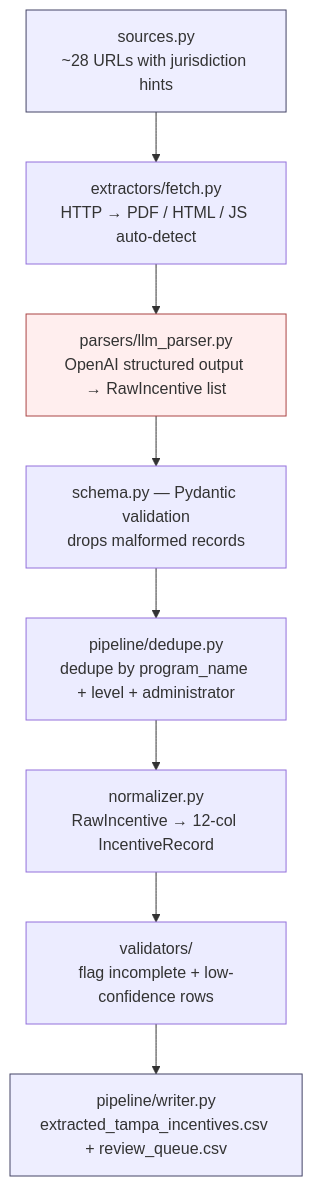
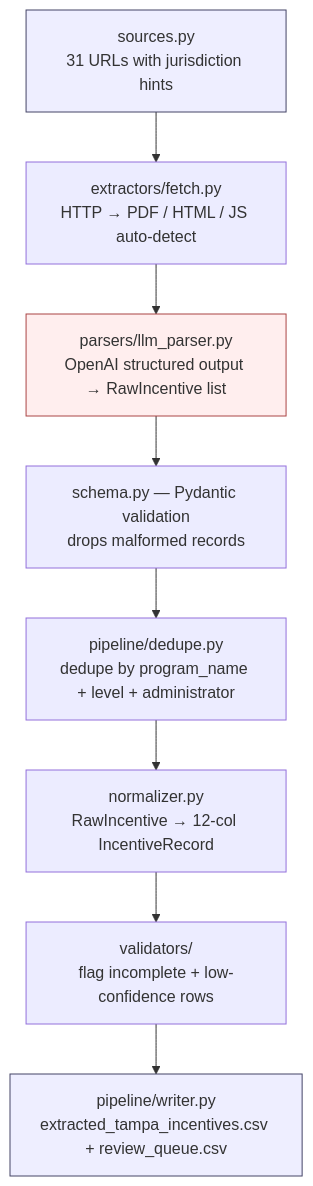
Before and after one commit to shah-somil/incentive-program-ai-scraper: the diagram in README.md, drawn with Mermaid. The commit also changed other lines of this file and 9 other files, not shown here.

````diff
--- a/README.md
+++ b/README.md
@@ -40,16 +40,16 @@
 ```mermaid
 flowchart TD
-    A[sources.py<br/>~28 URLs with jurisdiction hints] --> B
+    A[sources.py<br/>31 URLs with jurisdiction hints] --> B
     B[extractors/fetch.py<br/>HTTP → PDF / HTML / JS auto-detect] --> C
     C[parsers/llm_parser.py<br/>OpenAI structured output → RawIncentive list] --> D
     D[schema.py — Pydantic validation<br/>drops malformed records] --> E
     E[pipeline/dedupe.py<br/>dedupe by program_name + level + administrator] --> F
     F[normalizer.py<br/>RawIncentive → 12-col IncentiveRecord] --> G
     G[validators/<br/>flag incomplete + low-confidence rows] --> H
     H[pipeline/writer.py<br/>extracted_tampa_incentives.csv + review_queue.csv]
 
     classDef io fill:#eef,stroke:#446
     classDef llm fill:#fee,stroke:#a44
     class A,H io
     class C llm
 ```
````
